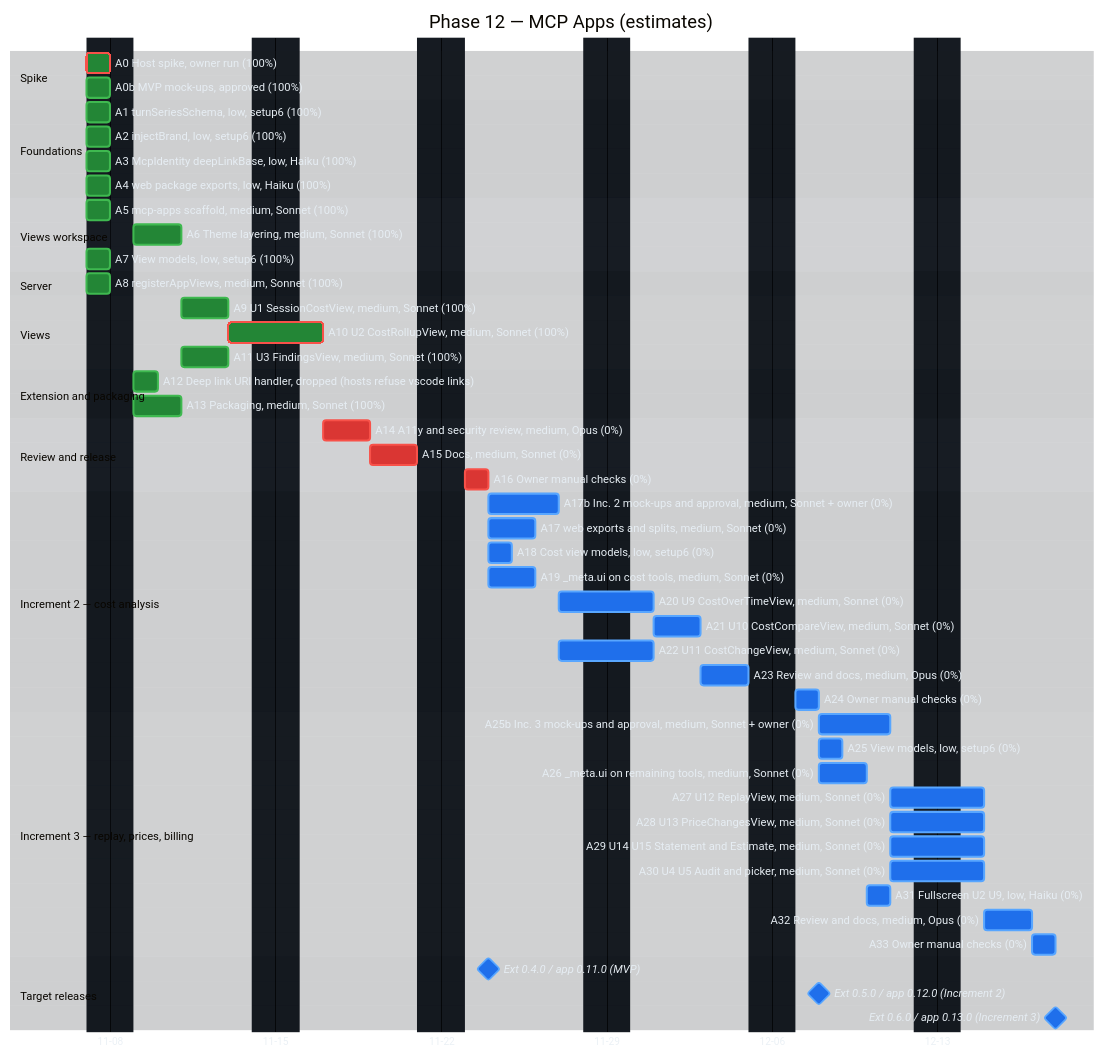
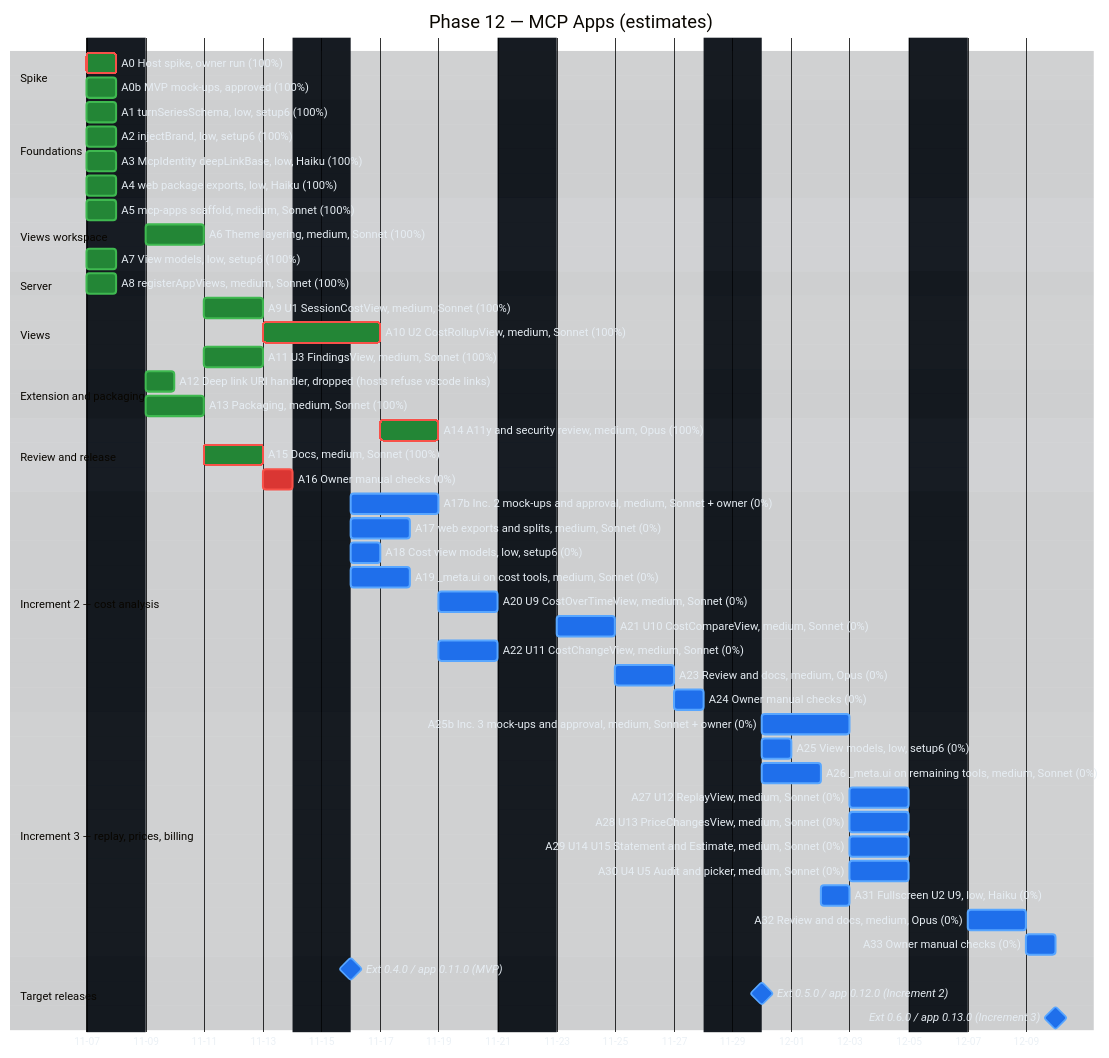
The second of 2 diagrams in docs/implementation-plan-gantt.md (raulkivi/agent-cost-analyzer), drawn with Mermaid before and after one commit. The commit also changed other lines of this file and 57 other files, not shown here.

First line of the commit message:
Phase 12 A14 + A15 + copy-flow fix: a11y/security review, docs, Open Session… picker (#188)

```diff
--- a/docs/implementation-plan-gantt.md
+++ b/docs/implementation-plan-gantt.md
@@ -183,8 +183,8 @@
     A13 Packaging, medium, Sonnet (100%)         :done, a13, after a8, 2d
 
     section Review and release
-    A14 A11y and security review, medium, Opus (0%) :crit, a14, after a9 a10 a11, 2d
-    A15 Docs, medium, Sonnet (0%)                :crit, a15, after a13 a14, 2d
+    A14 A11y and security review, medium, Opus (100%) :crit, done, a14, after a9 a10 a11, 2d
+    A15 Docs, medium, Sonnet (100%)              :crit, done, a15, after a13, 2d
     A16 Owner manual checks (0%)                 :crit, a16, after a15, 1d
 
     section Increment 2 — cost analysis
```
